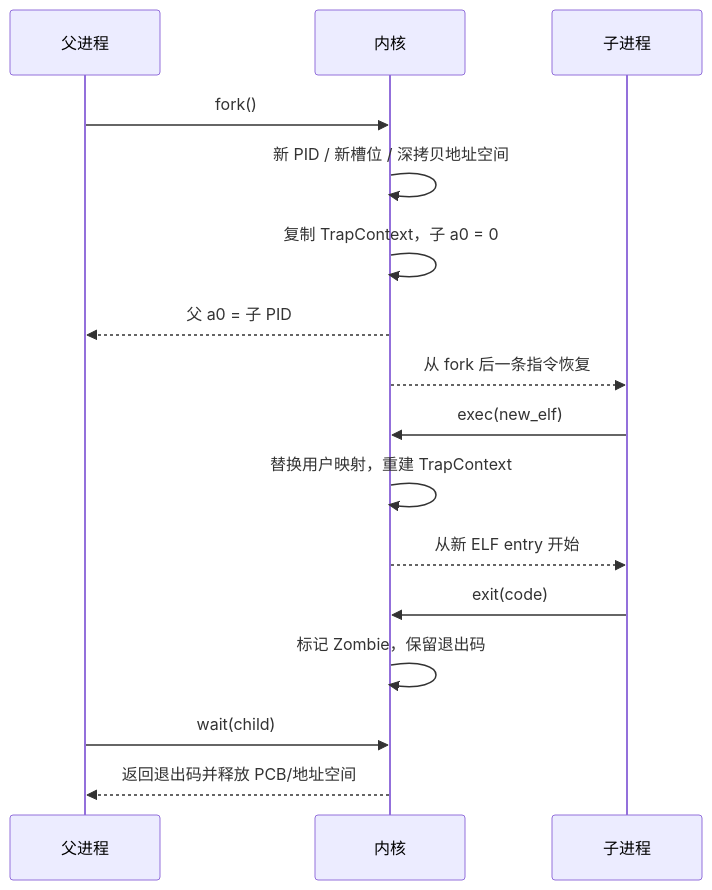
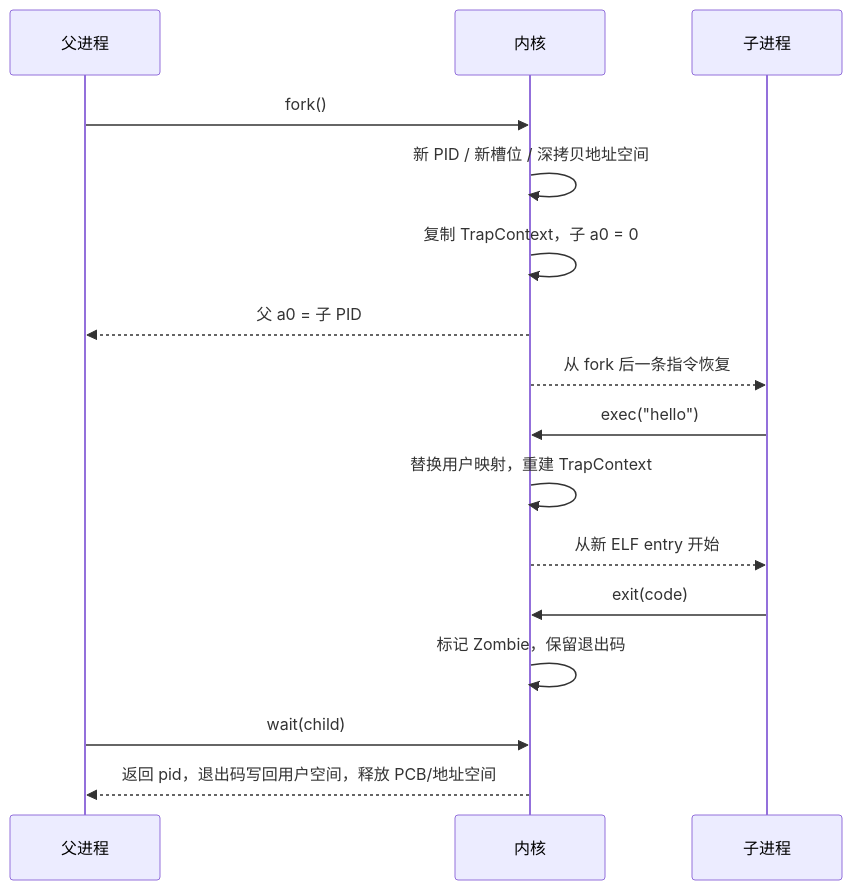
The third of 3 diagrams in os-lab/labs/lab4-process.md (AM-SuSh/EVOLVE), drawn with Mermaid before and after one commit. The commit also changed other lines of this file and 19 other files, not shown here.

````diff
--- a/os-lab/labs/lab4-process.md
+++ b/os-lab/labs/lab4-process.md
@@ -129,18 +201,18 @@
 ```mermaid
 sequenceDiagram
     participant P as 父进程
     participant K as 内核
     participant C as 子进程
     P->>K: fork()
     K->>K: 新 PID / 新槽位 / 深拷贝地址空间
     K->>K: 复制 TrapContext，子 a0 = 0
     K-->>P: 父 a0 = 子 PID
     K-->>C: 从 fork 后一条指令恢复
-    C->>K: exec(new_elf)
+    C->>K: exec("hello")
     K->>K: 替换用户映射，重建 TrapContext
     K-->>C: 从新 ELF entry 开始
     C->>K: exit(code)
     K->>K: 标记 Zombie，保留退出码
     P->>K: wait(child)
-    K-->>P: 返回退出码并释放 PCB/地址空间
+    K-->>P: 返回 pid，退出码写回用户空间，释放 PCB/地址空间
 ```
````
